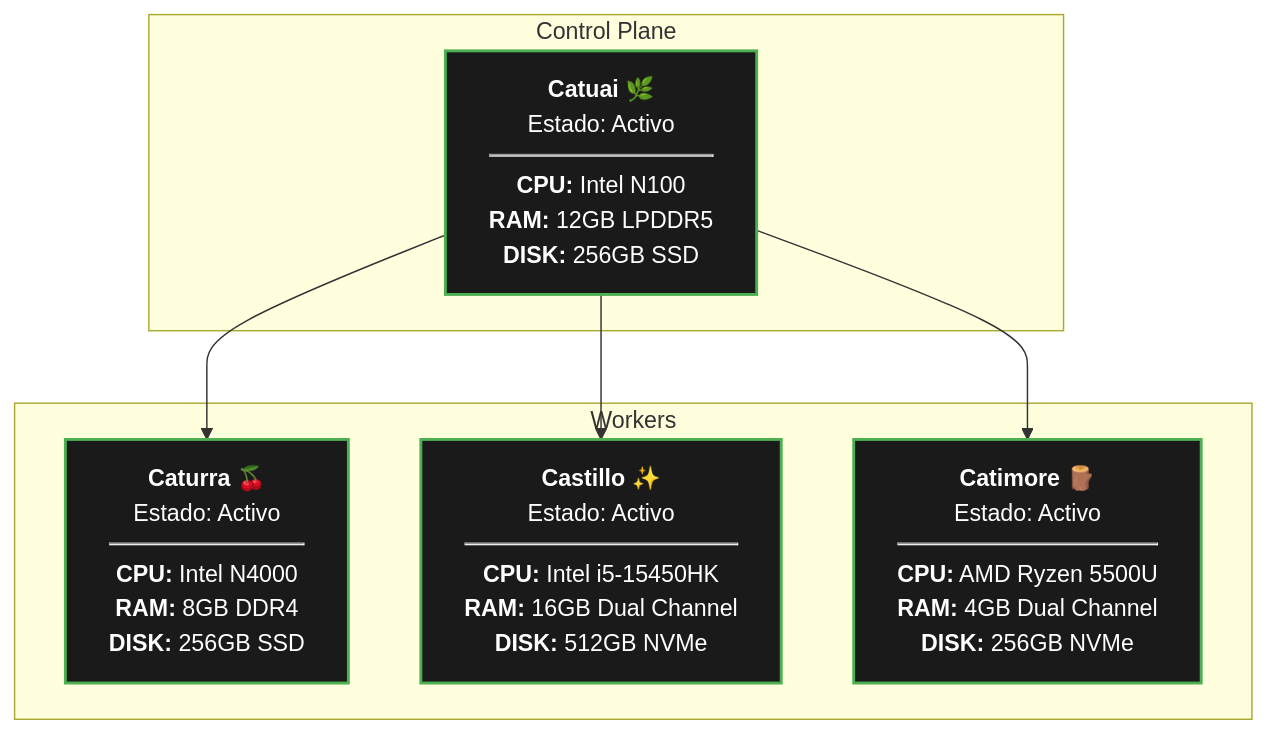
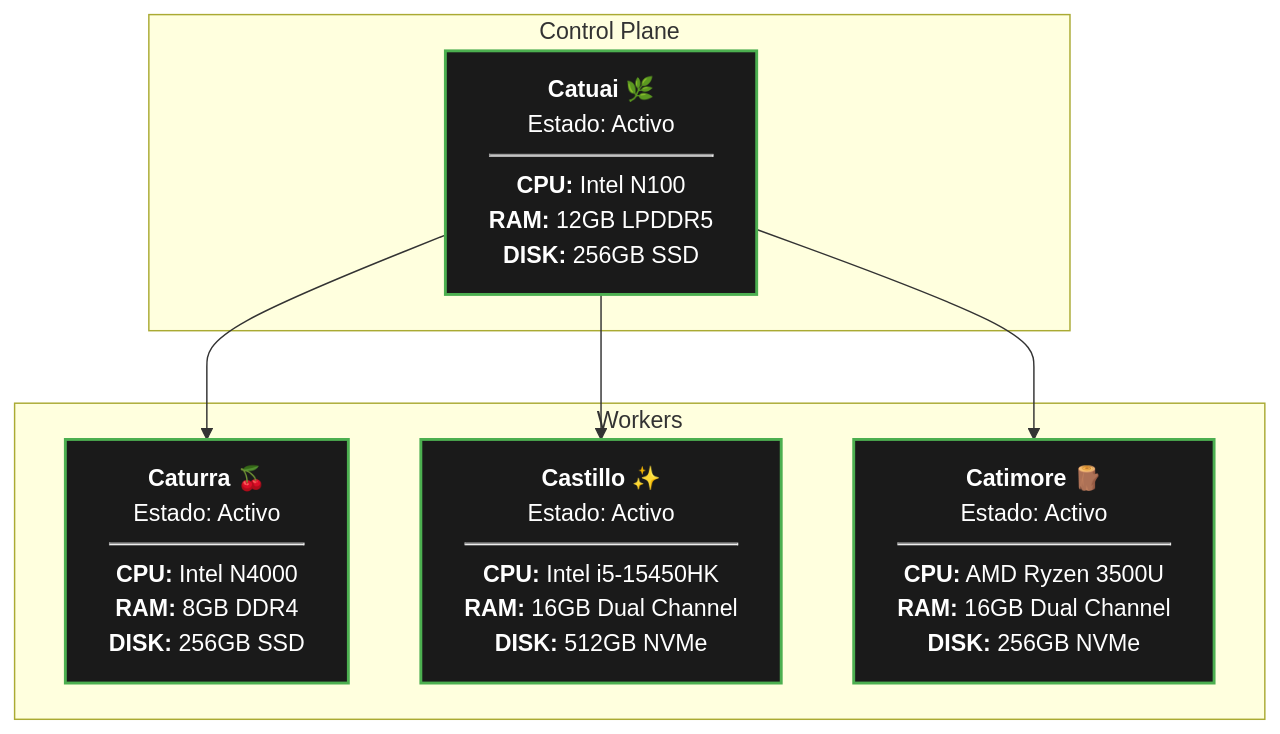
Before and after one commit to citocafecito-homelab/.github: the diagram in profile/README.md, drawn with Mermaid.

````diff
--- a/profile/README.md
+++ b/profile/README.md
@@ -42,25 +42,25 @@
 ```mermaid
 graph TD
     %% Nodo Maestro
     subgraph Control_Plane ["Control Plane"]
         Catuai["<b>Catuai 🌿</b><br/>Estado: Activo<hr/><b>CPU:</b> Intel N100<br/><b>RAM:</b> 12GB LPDDR5<br/><b>DISK:</b> 256GB SSD"]
     end
 
     %% Conexiones
     Catuai --> Caturra
     Catuai --> Castillo
     Catuai --> Catimore
 
     %% Nodos Workers
     subgraph Workers ["Workers"]
         Caturra["<b>Caturra 🍒</b><br/>Estado: Activo<hr/><b>CPU:</b> Intel N4000<br/><b>RAM:</b> 8GB DDR4<br/><b>DISK:</b> 256GB SSD"]
         Castillo["<b>Castillo ✨</b><br/>Estado: Activo<hr/><b>CPU:</b> Intel i5-15450HK<br/><b>RAM:</b> 16GB Dual Channel<br/><b>DISK:</b> 512GB NVMe"]
-        Catimore["<b>Catimore 🪵</b><br/>Estado: Activo<hr/><b>CPU:</b> AMD Ryzen 5500U<br/><b>RAM:</b> 4GB Dual Channel<br/><b>DISK:</b> 256GB NVMe"]
+        Catimore["<b>Catimore 🪵</b><br/>Estado: Activo<hr/><b>CPU:</b> AMD Ryzen 3500U<br/><b>RAM:</b> 16GB Dual Channel<br/><b>DISK:</b> 256GB NVMe"]
     end
 
     %% Estilos de Estado (Todos Activos)
     style Caturra fill:#1a1a1a,stroke:#4CAF50,stroke-width:2px,color:#fff
     style Catuai fill:#1a1a1a,stroke:#4CAF50,stroke-width:2px,color:#fff
     style Castillo fill:#1a1a1a,stroke:#4CAF50,stroke-width:2px,color:#fff
     style Catimore fill:#1a1a1a,stroke:#4CAF50,stroke-width:2px,color:#fff
 ```
````
